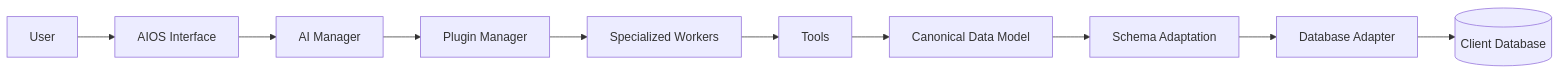
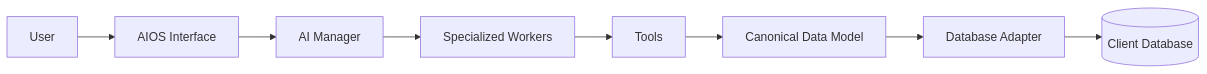
One commit to Tenshi1308/AIOSProject changed the first of 3 diagrams in docs/analisis-kebutuhan.md. Above: the diagram before and after it, drawn with Mermaid. The commit also changed other lines of this file and 59 other files, not shown here.

````diff
--- a/docs/analisis-kebutuhan.md
+++ b/docs/analisis-kebutuhan.md
@@ -255,12 +273,10 @@
 ```mermaid
 flowchart LR
     U[User] --> IF[AIOS Interface]
     IF --> AM[AI Manager]
-    AM --> PM[Plugin Manager]
-    PM --> W[Specialized Workers]
+    AM --> W[Specialized Workers]
     W --> T[Tools]
     T --> C[Canonical Data Model]
-    C --> SA[Schema Adaptation]
-    SA --> DA[Database Adapter]
+    C --> DA[Database Adapter]
     DA --> DB[(Client Database)]
 ```
````
